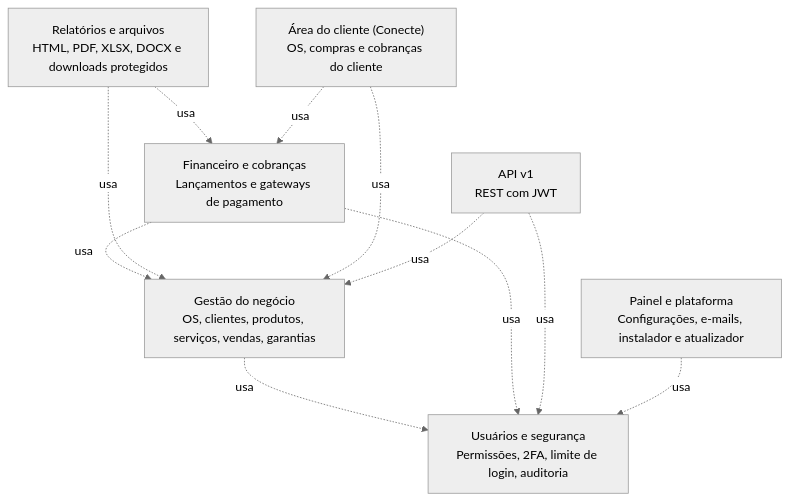
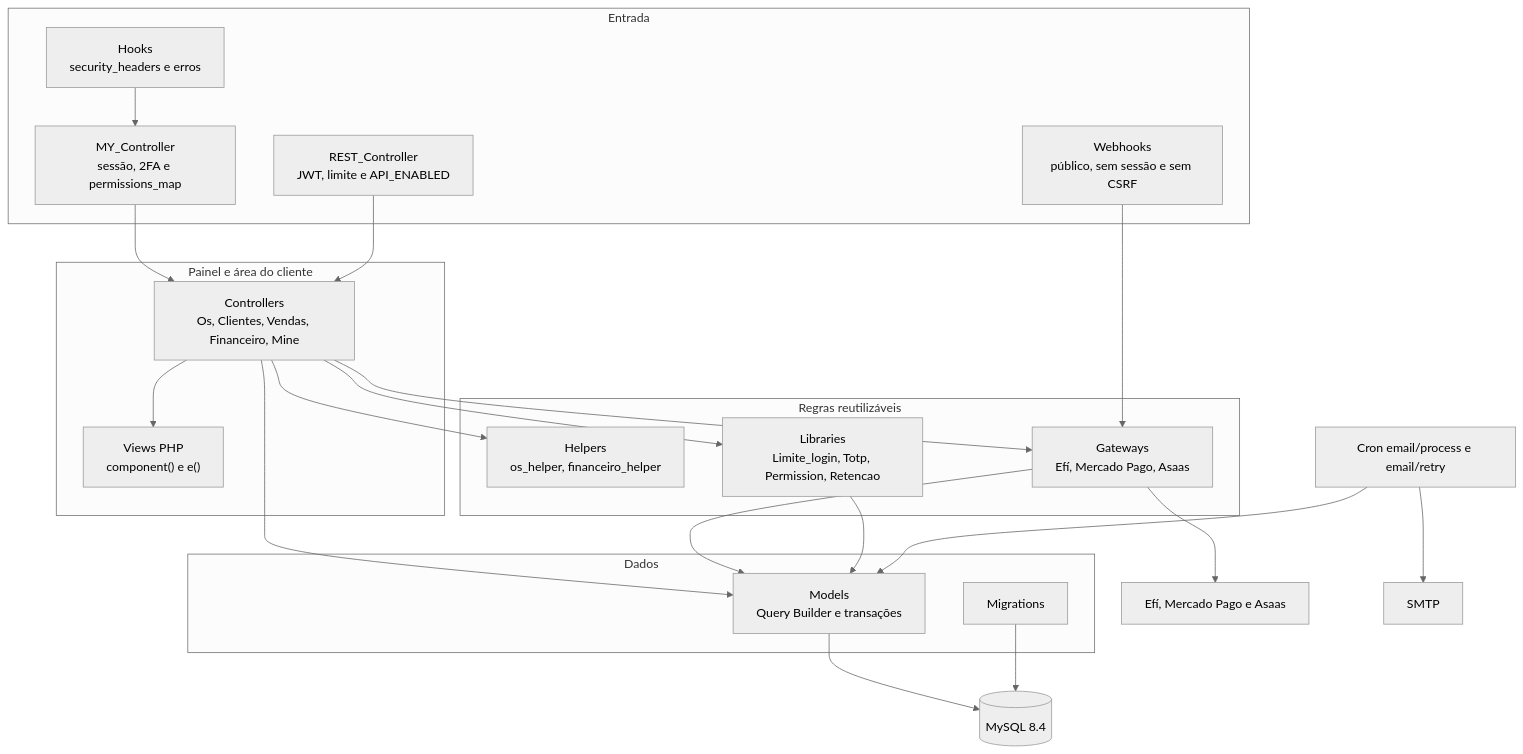
Before and after one commit to s1k3ira/mapos: the diagram in .n45/docs/diagrams/architecture.md, drawn with Mermaid. The commit also changed 52 other files, not shown here.

Commit message:
chore(n45): roadmap feat-0001-melhoria-seguranca encerrado e arquivado

````diff
--- a/.n45/docs/diagrams/architecture.md
+++ b/.n45/docs/diagrams/architecture.md
@@ -7,21 +7,39 @@
 ```mermaid
 %%{init: {'theme': 'neutral'} }%%
-flowchart TB
-  Gestao["Gestão do negócio\nOS, clientes, produtos, serviços, vendas, garantias"]
-  Fin["Financeiro e cobranças\nLançamentos e gateways de pagamento"]
-  Rel["Relatórios e arquivos\nHTML, PDF, XLSX, DOCX e downloads protegidos"]
-  Acesso["Usuários e segurança\nPermissões, 2FA, limite de login, auditoria"]
-  Conecte["Área do cliente (Conecte)\nOS, compras e cobranças do cliente"]
-  Api["API v1\nREST com JWT"]
-  Plat["Painel e plataforma\nConfigurações, e-mails, instalador e atualizador"]
-  Fin -.->|usa| Gestao
-  Rel -.->|usa| Gestao
-  Rel -.->|usa| Fin
-  Conecte -.->|usa| Gestao
-  Conecte -.->|usa| Fin
-  Api -.->|usa| Gestao
-  Gestao -.->|usa| Acesso
-  Fin -.->|usa| Acesso
-  Api -.->|usa| Acesso
-  Plat -.->|usa| Acesso
+flowchart TD
+  subgraph Entrada[Entrada]
+    Hooks["Hooks\nsecurity_headers e erros"]
+    MC["MY_Controller\nsessão, 2FA e permissions_map"]
+    RC["REST_Controller\nJWT, limite e API_ENABLED"]
+    WH["Webhooks\npúblico, sem sessão e sem CSRF"]
+  end
+  subgraph Painel[Painel e área do cliente]
+    Ctl["Controllers\nOs, Clientes, Vendas, Financeiro, Mine"]
+    Views["Views PHP\ncomponent() e e()"]
+  end
+  subgraph Regras[Regras reutilizáveis]
+    Help["Helpers\nos_helper, financeiro_helper"]
+    Lib["Libraries\nLimite_login, Totp, Permission, Retencao"]
+    Gw["Gateways\nEfí, Mercado Pago, Asaas"]
+  end
+  subgraph Dados[Dados]
+    Mod["Models\nQuery Builder e transações"]
+    Mig["Migrations"]
+  end
+  Hooks --> MC
+  MC --> Ctl
+  RC --> Ctl
+  WH --> Gw
+  Ctl --> Views
+  Ctl --> Help
+  Ctl --> Lib
+  Ctl --> Mod
+  Ctl --> Gw
+  Gw --> Mod
+  Lib --> Mod
+  Mod --> DB[(MySQL 8.4)]
+  Mig --> DB
+  Gw --> Ext["Efí, Mercado Pago e Asaas"]
+  Cron["Cron email/process e email/retry"] --> Mod
+  Cron --> SMTP["SMTP"]
 ```
````
